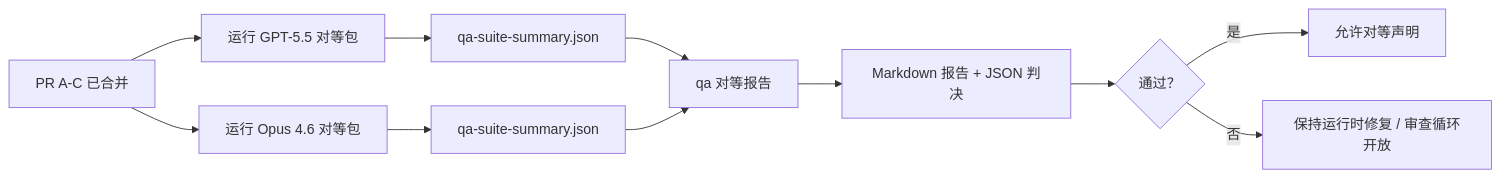
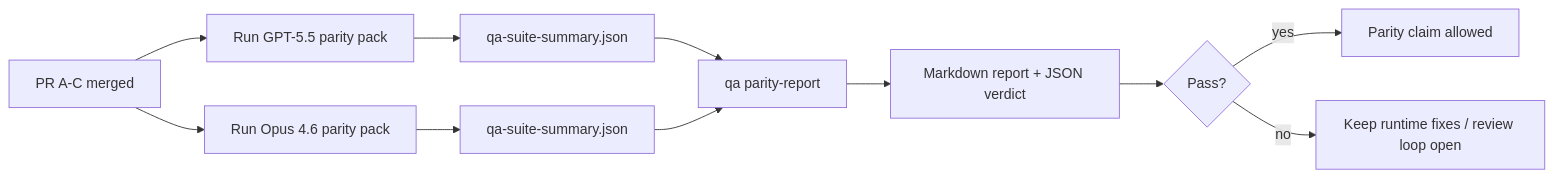
The diagram in docs/zh/help/gpt55-codex-agentic-parity-maintainers.md (Explorer1092/openclaw-zh), drawn with Mermaid before and after one commit. The commit also changed other lines of this file and 14 other files, not shown here.

````diff
--- a/docs/zh/help/gpt55-codex-agentic-parity-maintainers.md
+++ b/docs/zh/help/gpt55-codex-agentic-parity-maintainers.md
@@ -134,13 +134,13 @@
 ```mermaid
 flowchart LR
-    A["PR A-C 已合并"] --> B["运行 GPT-5.5 对等包"]
-    A --> C["运行 Opus 4.6 对等包"]
+    A["PR A-C merged"] --> B["Run GPT-5.5 parity pack"]
+    A --> C["Run Opus 4.6 parity pack"]
     B --> D["qa-suite-summary.json"]
     C --> E["qa-suite-summary.json"]
-    D --> F["qa 对等报告"]
+    D --> F["qa parity-report"]
     E --> F
-    F --> G["Markdown 报告 + JSON 判决"]
-    G --> H{"通过？"}
-    H -- "是" --> I["允许对等声明"]
-    H -- "否" --> J["保持运行时修复 / 审查循环开放"]
+    F --> G["Markdown report + JSON verdict"]
+    G --> H{"Pass?"}
+    H -- "yes" --> I["Parity claim allowed"]
+    H -- "no" --> J["Keep runtime fixes / review loop open"]
 ```
````
